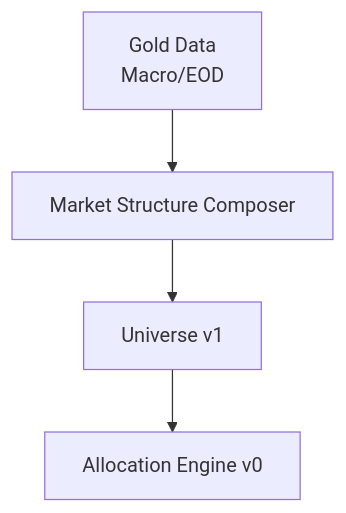
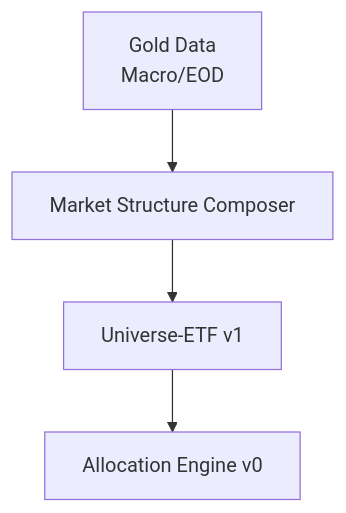
One commit to Ethan0625/pretrend_ai changed the diagram in docs/universe_design.md. Above: the diagram before and after it, drawn with Mermaid. The commit also changed other lines of this file and 8 other files, not shown here.

````diff
--- a/docs/universe_design.md
+++ b/docs/universe_design.md
@@ -28,6 +32,6 @@
 ```mermaid
 flowchart TD
     GD[Gold Data<br/>Macro/EOD] --> MSC[Market Structure Composer]
-    MSC --> UNI[Universe v1]
+    MSC --> UNI[Universe-ETF v1]
     UNI --> ALLOC[Allocation Engine v0]
 ```
````
